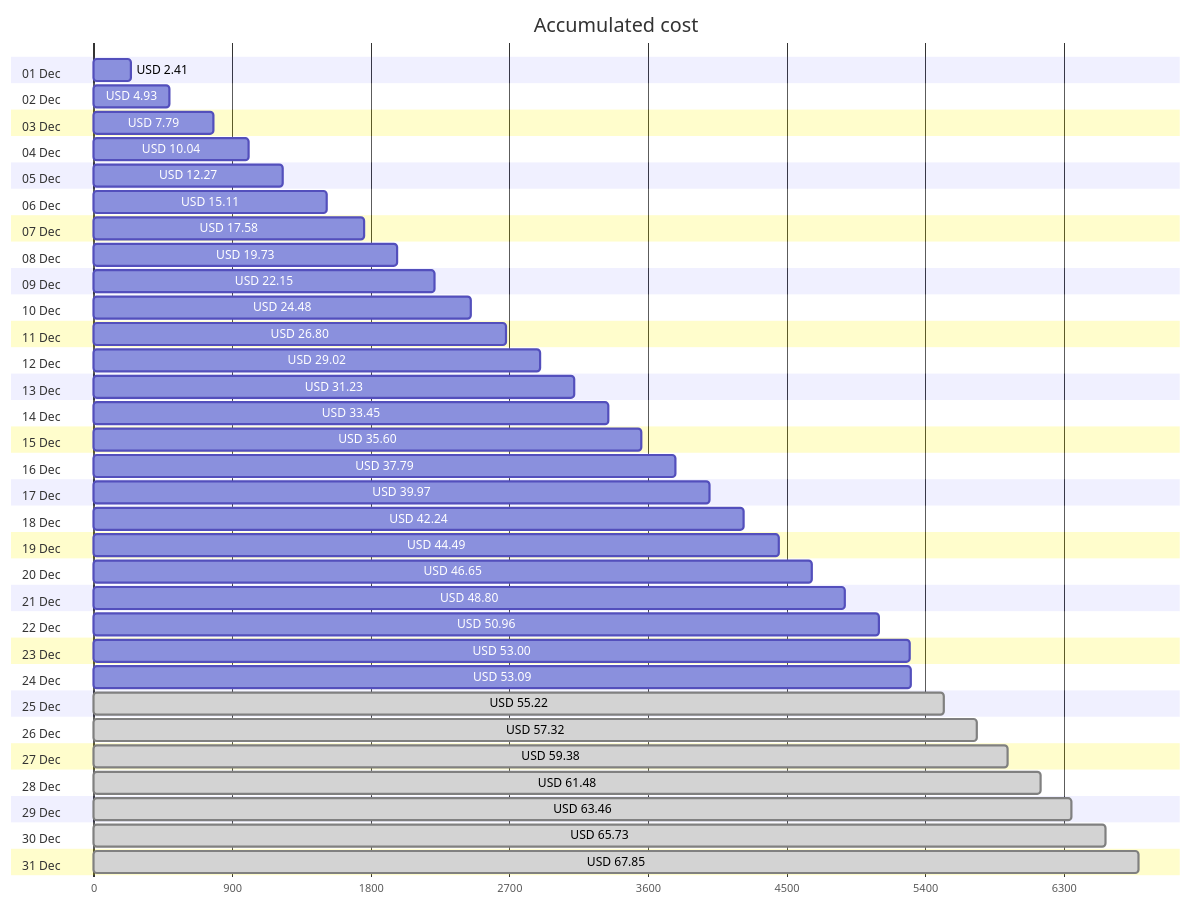
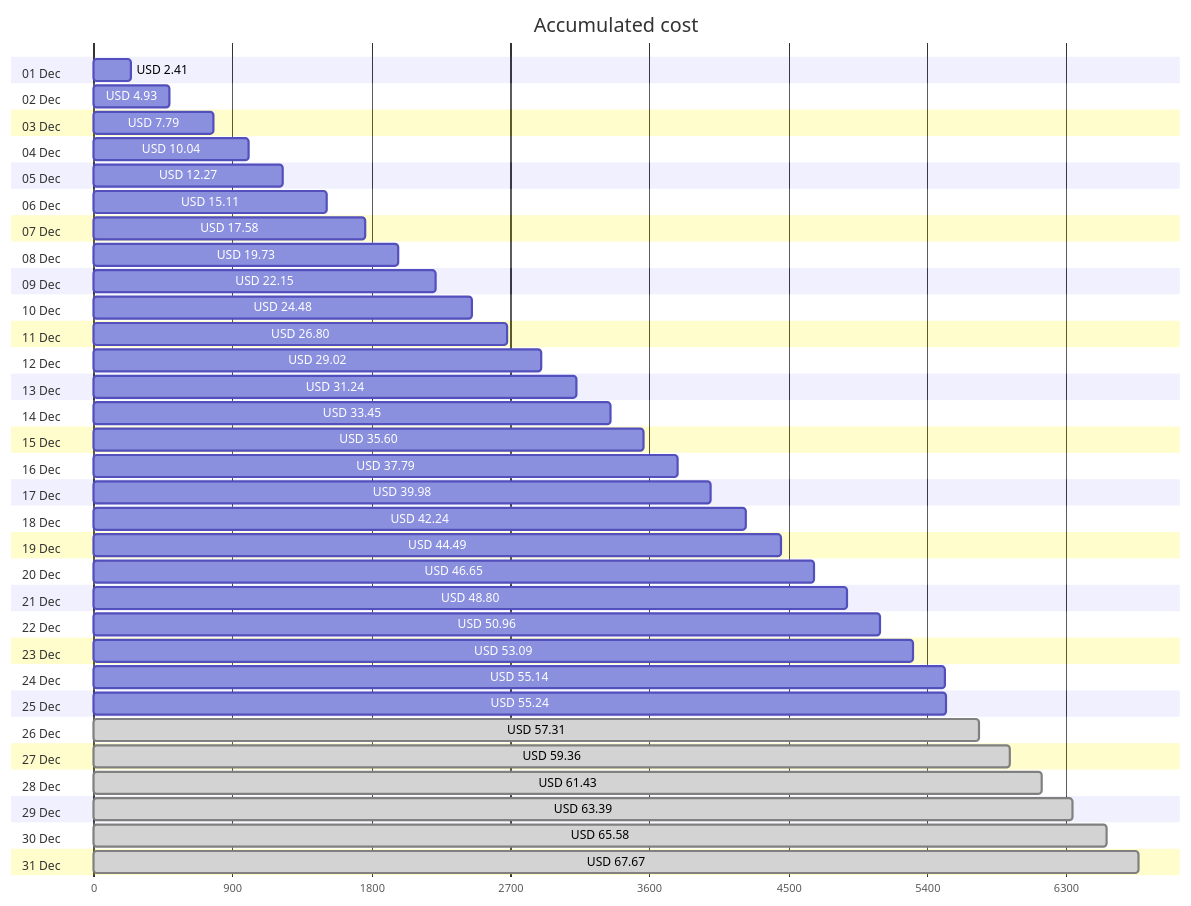
The first of 4 diagrams in cost-reports/accumulated-cost.md (jpfulton/azure-personal-reports), drawn with Mermaid before and after one commit. The commit also changed other lines of this file and 4 other files, not shown here.

````diff
--- a/cost-reports/accumulated-cost.md
+++ b/cost-reports/accumulated-cost.md
@@ -20,68 +20,68 @@
 ```mermaid
 gantt
    title Accumulated cost
    dateFormat  X
    axisFormat %s
    section 01 Dec
    USD 2.41 :0, 241
    section 02 Dec
    USD 4.93 :0, 493
    section 03 Dec
    USD 7.79 :0, 779
    section 04 Dec
    USD 10.04 :0, 1004
    section 05 Dec
    USD 12.27 :0, 1227
    section 06 Dec
    USD 15.11 :0, 1511
    section 07 Dec
    USD 17.58 :0, 1758
    section 08 Dec
    USD 19.73 :0, 1973
    section 09 Dec
    USD 22.15 :0, 2215
    section 10 Dec
    USD 24.48 :0, 2448
    section 11 Dec
    USD 26.80 :0, 2680
    section 12 Dec
    USD 29.02 :0, 2902
    section 13 Dec
-   USD 31.23 :0, 3123
+   USD 31.24 :0, 3124
    section 14 Dec
    USD 33.45 :0, 3345
    section 15 Dec
    USD 35.60 :0, 3560
    section 16 Dec
    USD 37.79 :0, 3779
    section 17 Dec
-   USD 39.97 :0, 3997
+   USD 39.98 :0, 3998
    section 18 Dec
    USD 42.24 :0, 4224
    section 19 Dec
    USD 44.49 :0, 4449
    section 20 Dec
    USD 46.65 :0, 4665
    section 21 Dec
    USD 48.80 :0, 4880
    section 22 Dec
    USD 50.96 :0, 5096
    section 23 Dec
-   USD 53.00 :0, 5300
+   USD 53.09 :0, 5309
    section 24 Dec
-   USD 53.09 :0, 5309
+   USD 55.14 :0, 5514
    section 25 Dec
-   USD 55.22 : done, 0, 5522
+   USD 55.24 :0, 5524
    section 26 Dec
-   USD 57.32 : done, 0, 5732
+   USD 57.31 : done, 0, 5731
    section 27 Dec
-   USD 59.38 : done, 0, 5938
+   USD 59.36 : done, 0, 5936
    section 28 Dec
-   USD 61.48 : done, 0, 6148
+   USD 61.43 : done, 0, 6143
    section 29 Dec
-   USD 63.46 : done, 0, 6346
+   USD 63.39 : done, 0, 6339
    section 30 Dec
-   USD 65.73 : done, 0, 6573
+   USD 65.58 : done, 0, 6558
    section 31 Dec
-   USD 67.85 : done, 0, 6785
+   USD 67.67 : done, 0, 6767
 ```
````
